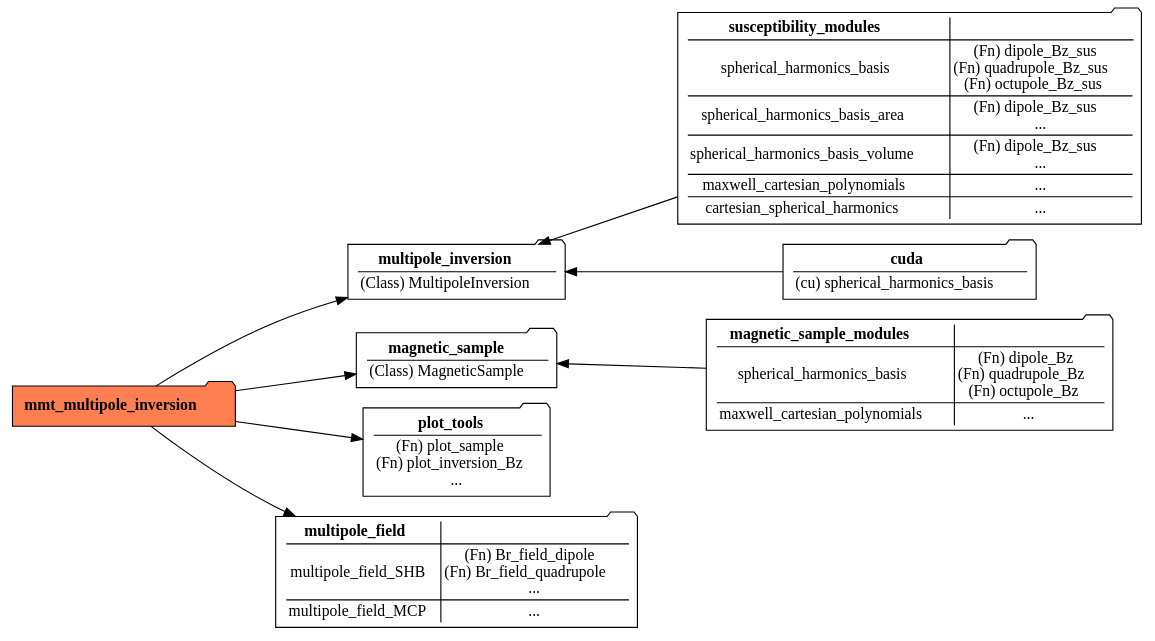
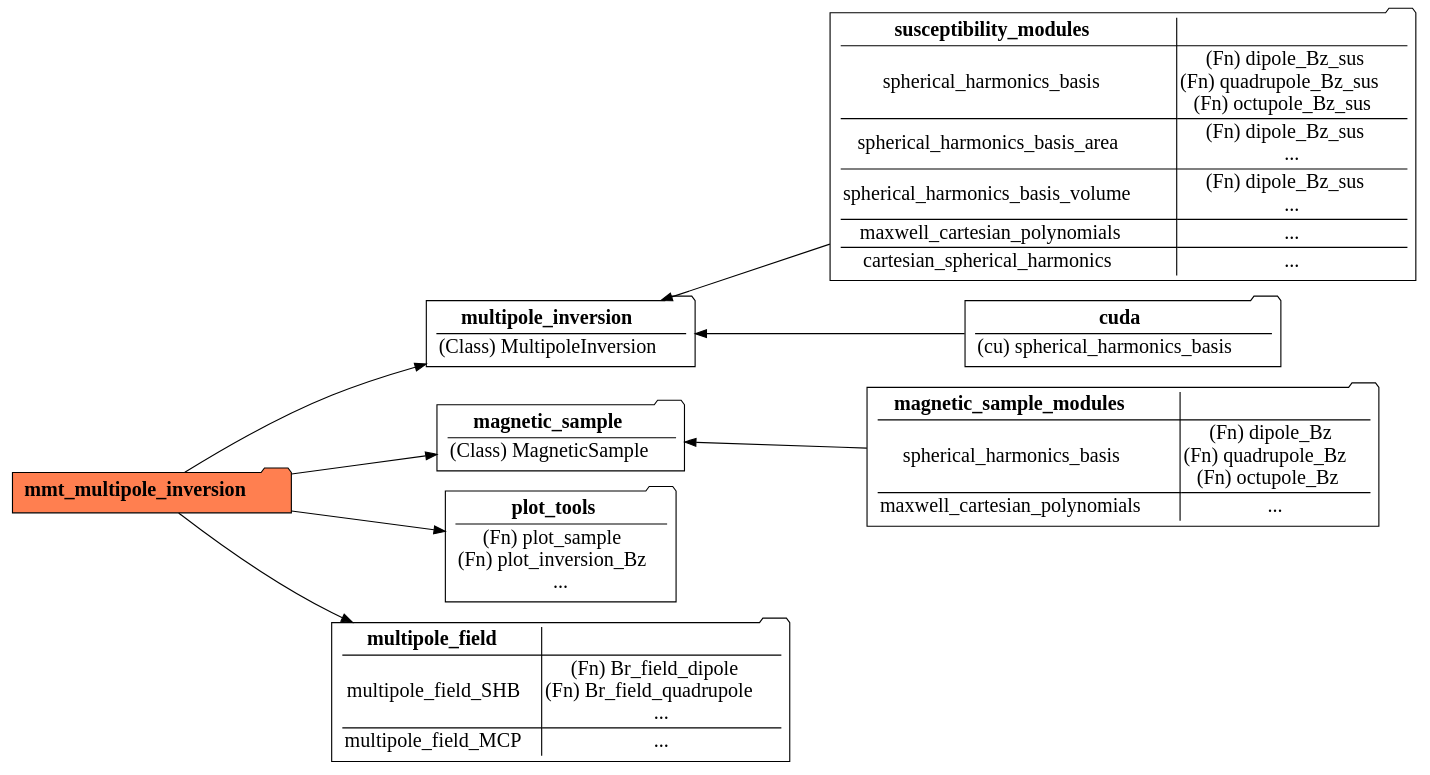
The diagram in chest/packages_HTML.dot (Micromagnetic-Tomography/mmt_multipole_inversion), drawn with Graphviz before and after one commit. The commit also changed 2 other files, not shown here.

```diff
--- a/chest/packages_HTML.dot
+++ b/chest/packages_HTML.dot
@@ -1,80 +1,80 @@
 digraph "packages" {
-    node [shape=folder fontname=FiraMono]
+    node [shape=folder fontname=FiraMono fontsize="18pt"]
     mmt_minv [style=filled fillcolor=coral label=<
         <TABLE BORDER="0" CELLBORDER="0" CELLSPACING="0">
             <TR><TD><B>mmt_multipole_inversion</B></TD></TR>
         </TABLE>>];
     minv [label=<
         <TABLE BORDER="0" CELLBORDER="0" ROWS="*" CELLSPACING="1">
             <TR><TD><B>multipole_inversion</B></TD></TR>
             <TR><TD>(Class) MultipoleInversion</TD></TR>
         </TABLE>>];
     susc [label=<
         <TABLE BORDER="0" CELLBORDER="0" ROWS="*" COLUMNS="*" CELLSPACING="1">
             <TR><TD><B>susceptibility_modules</B></TD></TR>
             <TR>
               <TD>spherical_harmonics_basis</TD>
               <TD>(Fn) dipole_Bz_sus<BR/>(Fn) quadrupole_Bz_sus<BR/>(Fn) octupole_Bz_sus</TD>
             </TR>
             <TR>
               <TD>spherical_harmonics_basis_area</TD>
               <TD>(Fn) dipole_Bz_sus<BR/>...</TD>
             </TR>
             <TR>
               <TD>spherical_harmonics_basis_volume</TD>
               <TD>(Fn) dipole_Bz_sus<BR/>...</TD>
             </TR>
             <TR>
               <TD>maxwell_cartesian_polynomials</TD>
               <TD>...</TD>
             </TR>
             <TR>
               <TD>cartesian_spherical_harmonics</TD>
               <TD>...</TD>
             </TR>
         </TABLE>>];
     suscCuda [label=<
         <TABLE BORDER="0" CELLBORDER="0" ROWS="*" COLUMNS="*" CELLSPACING="1">
             <TR><TD><B>cuda</B></TD></TR>
             <TR><TD>(cu) spherical_harmonics_basis</TD></TR>
         </TABLE>>];
     magsamp [label=<
         <TABLE BORDER="0" CELLBORDER="0" ROWS="*" COLUMNS="*" CELLSPACING="1">
             <TR><TD><B>magnetic_sample</B></TD></TR>
             <TR><TD>(Class) MagneticSample</TD></TR>
         </TABLE>>];
     magsampmods [label=<
         <TABLE BORDER="0" CELLBORDER="0" ROWS="*" COLUMNS="*" CELLSPACING="1">
             <TR><TD><B>magnetic_sample_modules</B></TD></TR>
             <TR>
               <TD>spherical_harmonics_basis</TD>
               <TD>(Fn) dipole_Bz<BR/>(Fn) quadrupole_Bz<BR/>(Fn) octupole_Bz<BR/></TD>
             </TR>
             <TR>
               <TD>maxwell_cartesian_polynomials</TD>
               <TD>...</TD>
             </TR>
         </TABLE>>];
     plot [label=<
         <TABLE BORDER="0" CELLBORDER="0" ROWS="*" COLUMNS="*" CELLSPACING="1">
             <TR><TD><B>plot_tools</B></TD></TR>
             <TR><TD>(Fn) plot_sample<BR/>(Fn) plot_inversion_Bz<BR/>...</TD></TR>
         </TABLE>>];
     multfield [label=<
         <TABLE BORDER="0" CELLBORDER="0" ROWS="*" COLUMNS="*" CELLSPACING="1">
             <TR><TD><B>multipole_field</B></TD></TR>
             <TR>
                 <TD>multipole_field_SHB</TD>
                 <TD>(Fn) Br_field_dipole<BR/>(Fn) Br_field_quadrupole<BR/>...</TD>
             </TR>
             <TR>
                 <TD>multipole_field_MCP</TD>
                 <TD>...</TD>
             </TR>
         </TABLE>>];
     rankdir=LR;
     mmt_minv -> {minv,magsamp,multfield,plot};
     minv -> susc [dir=back];
     minv -> suscCuda [dir=back];
     magsamp -> magsampmods [dir=back];
 }
```
